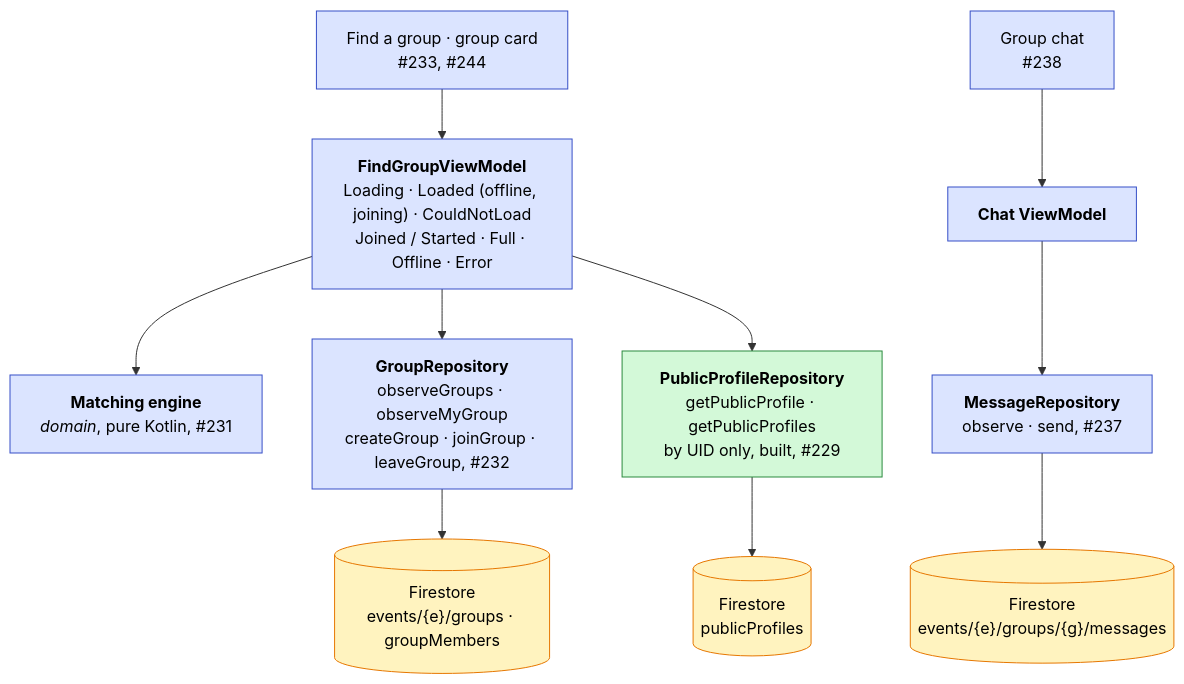
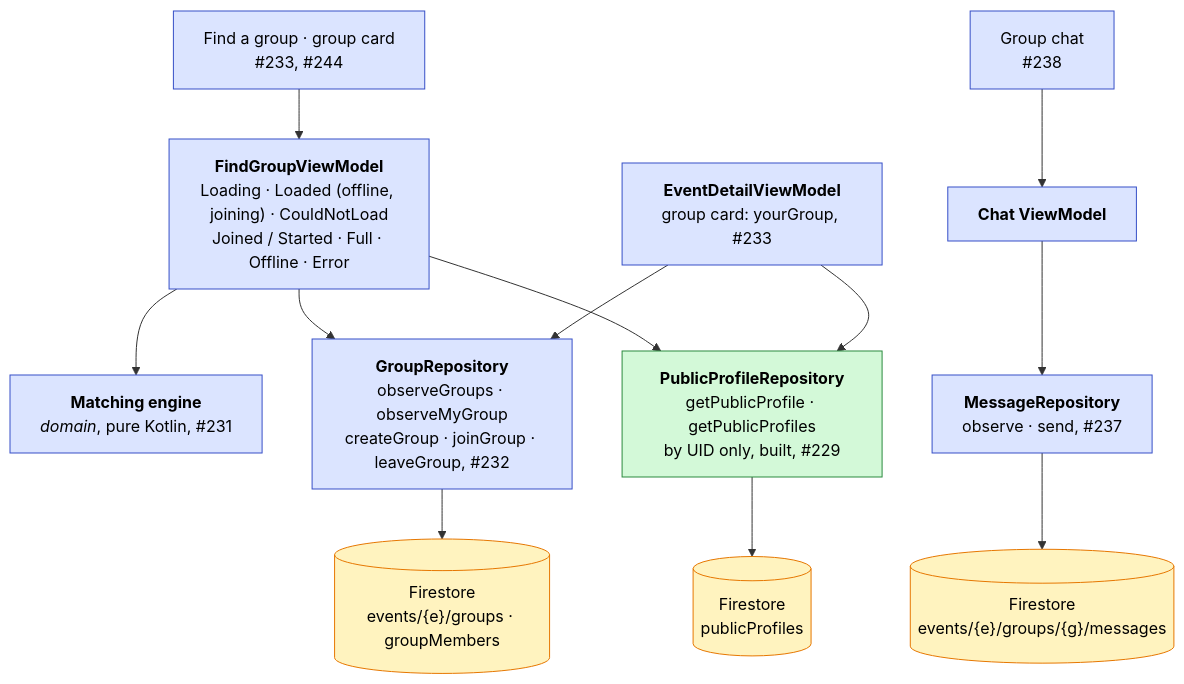
Before and after one commit to swent-polysocial/PolySocial: the sixth of 12 diagrams in docs/Architecture-Diagram.md, drawn with Mermaid. The commit also changed other lines of this file and 1 other file, not shown here.

Commit message:
docs: record the detail's group card
Records how the detail shows the student's group, that associations'
managed events never read groups, and that #133's association map
preview must not offer Find a group.

Refs #233

````diff
--- a/docs/Architecture-Diagram.md
+++ b/docs/Architecture-Diagram.md
@@ -219,16 +219,18 @@
 ```mermaid
 flowchart TB
   classDef pb fill:#dbe4ff,stroke:#364fc7,color:#000
   classDef ext fill:#fff3bf,stroke:#e67700,color:#000
 
   classDef s1 fill:#d3f9d8,stroke:#2b8a3e,color:#000
 
   find["Find a group · group card<br/>#233, #244"]:::pb --> findVM["<b>FindGroupViewModel</b><br/>Loading · Loaded (offline, joining) · CouldNotLoad<br/>Joined / Started · Full · Offline · Error"]:::pb
   findVM --> match["<b>Matching engine</b><br/><i>domain</i>, pure Kotlin, #231"]:::pb
   findVM --> groups["<b>GroupRepository</b><br/>observeGroups · observeMyGroup<br/>createGroup · joinGroup · leaveGroup, #232"]:::pb
   findVM --> pub["<b>PublicProfileRepository</b><br/>getPublicProfile · getPublicProfiles<br/>by UID only, built, #229"]:::s1
+  detailVM["<b>EventDetailViewModel</b><br/>group card: yourGroup, #233"]:::pb --> groups
+  detailVM --> pub
   chat["Group chat<br/>#238"]:::pb --> chatVM["<b>Chat ViewModel</b>"]:::pb --> msgs["<b>MessageRepository</b><br/>observe · send, #237"]:::pb
   groups --> fs[("Firestore<br/>events/{e}/groups · groupMembers")]:::ext
   pub --> fs2[("Firestore<br/>publicProfiles")]:::ext
   msgs --> fs3[("Firestore<br/>events/{e}/groups/{g}/messages")]:::ext
 ```
````
